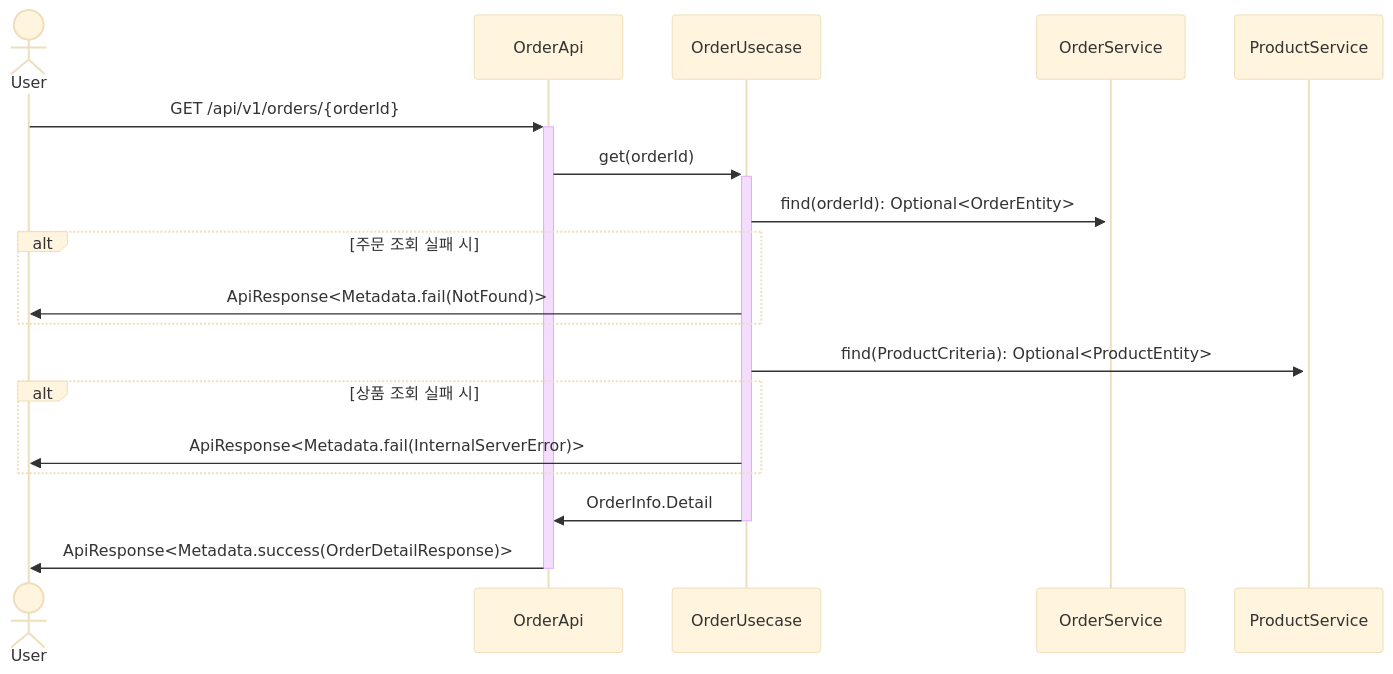
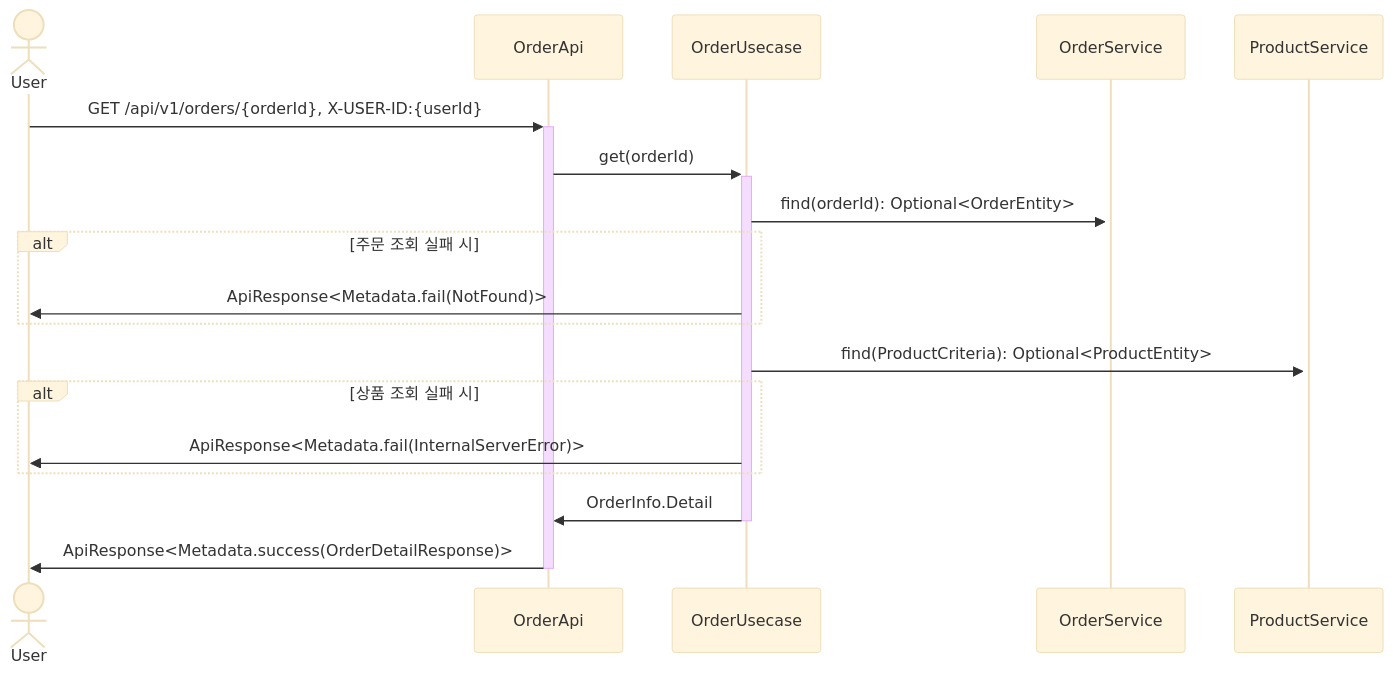
One commit to Iol-lshh/loopers_be_practice_byjava changed the ninth of 9 diagrams in docs/design/02-sequence-diagrams.md. Above: the diagram before and after it, drawn with Mermaid (base theme). The commit also changed other lines of this file and 100 other files, not shown here.

````diff
--- a/docs/design/02-sequence-diagrams.md
+++ b/docs/design/02-sequence-diagrams.md
@@ -186,16 +186,16 @@
 ```mermaid
 sequenceDiagram
     actor User
-    User->>+OrderApi: GET /api/v1/orders/{orderId}
+    User->>+OrderApi: GET /api/v1/orders/{orderId}, X-USER-ID:{userId}
     OrderApi->>+OrderUsecase: get(orderId)
     OrderUsecase->>+OrderService: find(orderId): Optional<OrderEntity>
     alt 주문 조회 실패 시
         OrderUsecase->>User: ApiResponse<Metadata.fail(NotFound)>
     end
     OrderUsecase->>+ProductService: find(ProductCriteria): Optional<ProductEntity>
     alt 상품 조회 실패 시
         OrderUsecase->>User: ApiResponse<Metadata.fail(InternalServerError)>
     end
     OrderUsecase->>-OrderApi: OrderInfo.Detail
     OrderApi->>-User: ApiResponse<Metadata.success(OrderDetailResponse)> 
 ```
````
